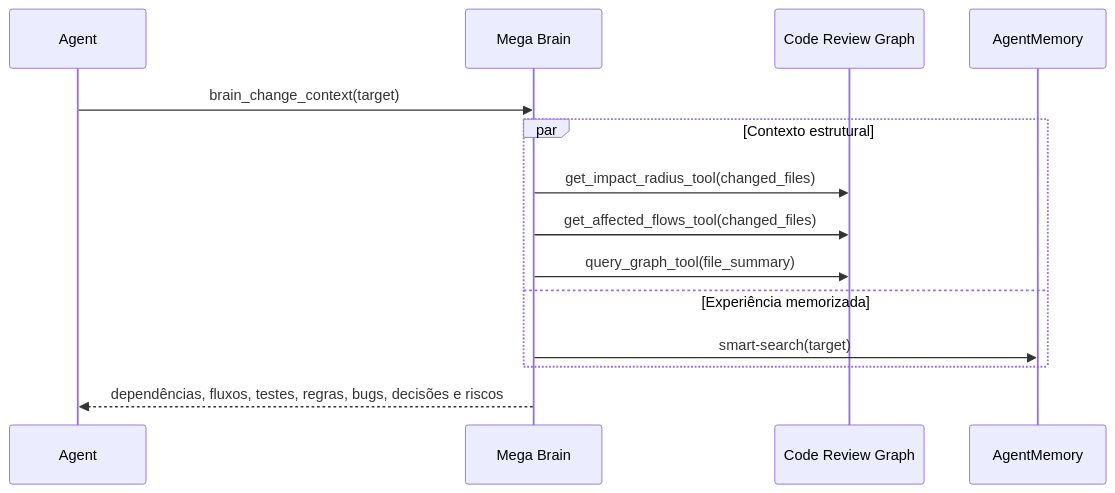
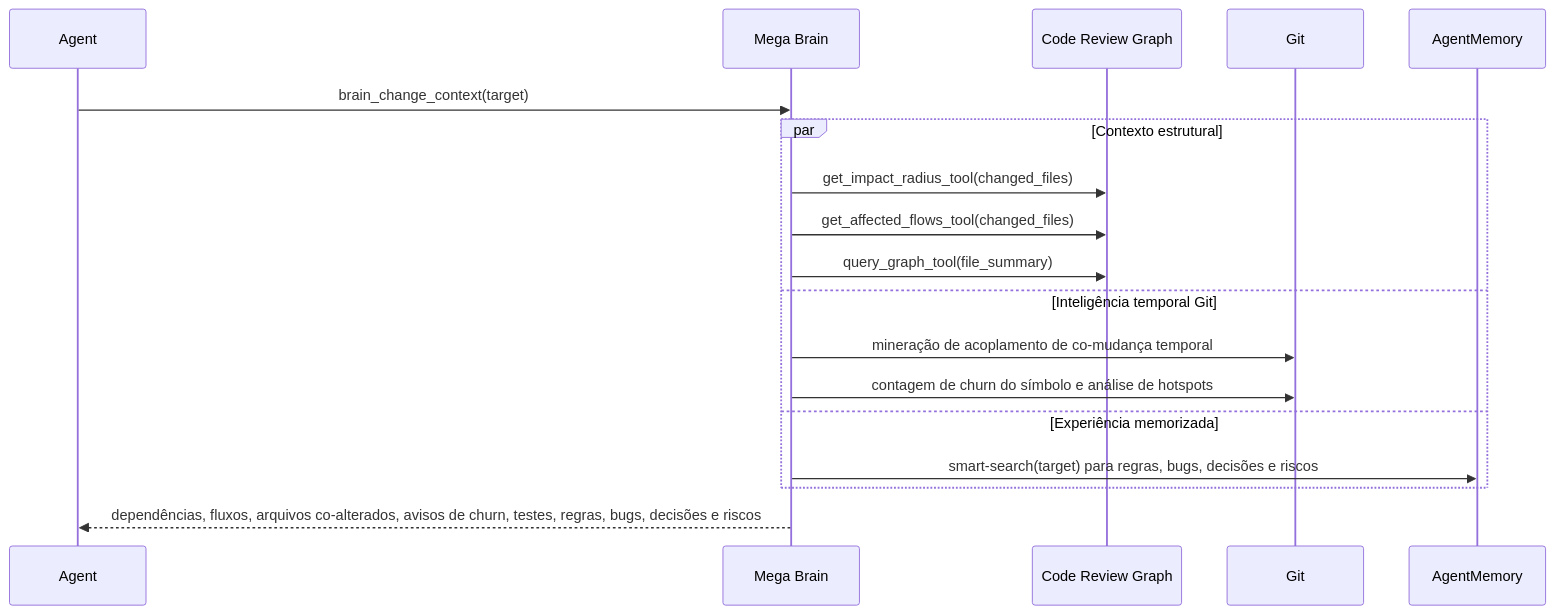
Before and after one commit to RaffaHr/mega-brain-mcp: the fourth of 10 diagrams in README-ptbr.md, drawn with Mermaid. The commit also changed other lines of this file and 1 other file, not shown here.

````diff
--- a/README-ptbr.md
+++ b/README-ptbr.md
@@ -430,31 +411,21 @@
 ```mermaid
-
 sequenceDiagram
-
 participant Agent
-
 participant MB as Mega Brain
-
 participant CRG as Code Review Graph
-
+participant Git
 participant AM as AgentMemory
 
 Agent->>MB: brain_change_context(target)
-
 par Contexto estrutural
-
-MB->>CRG: get_impact_radius_tool(changed_files)
-
-MB->>CRG: get_affected_flows_tool(changed_files)
-
-MB->>CRG: query_graph_tool(file_summary)
-
+  MB->>CRG: get_impact_radius_tool(changed_files)
+  MB->>CRG: get_affected_flows_tool(changed_files)
+  MB->>CRG: query_graph_tool(file_summary)
+and Inteligência temporal Git
+  MB->>Git: mineração de acoplamento de co-mudança temporal
+  MB->>Git: contagem de churn do símbolo e análise de hotspots
 and Experiência memorizada
-
-MB->>AM: smart-search(target)
-
+  MB->>AM: smart-search(target) para regras, bugs, decisões e riscos
 end
-
-MB-->>Agent: dependências, fluxos, testes, regras, bugs, decisões e riscos
-
+MB-->>Agent: dependências, fluxos, arquivos co-alterados, avisos de churn, testes, regras, bugs, decisões e riscos
 ```
````
